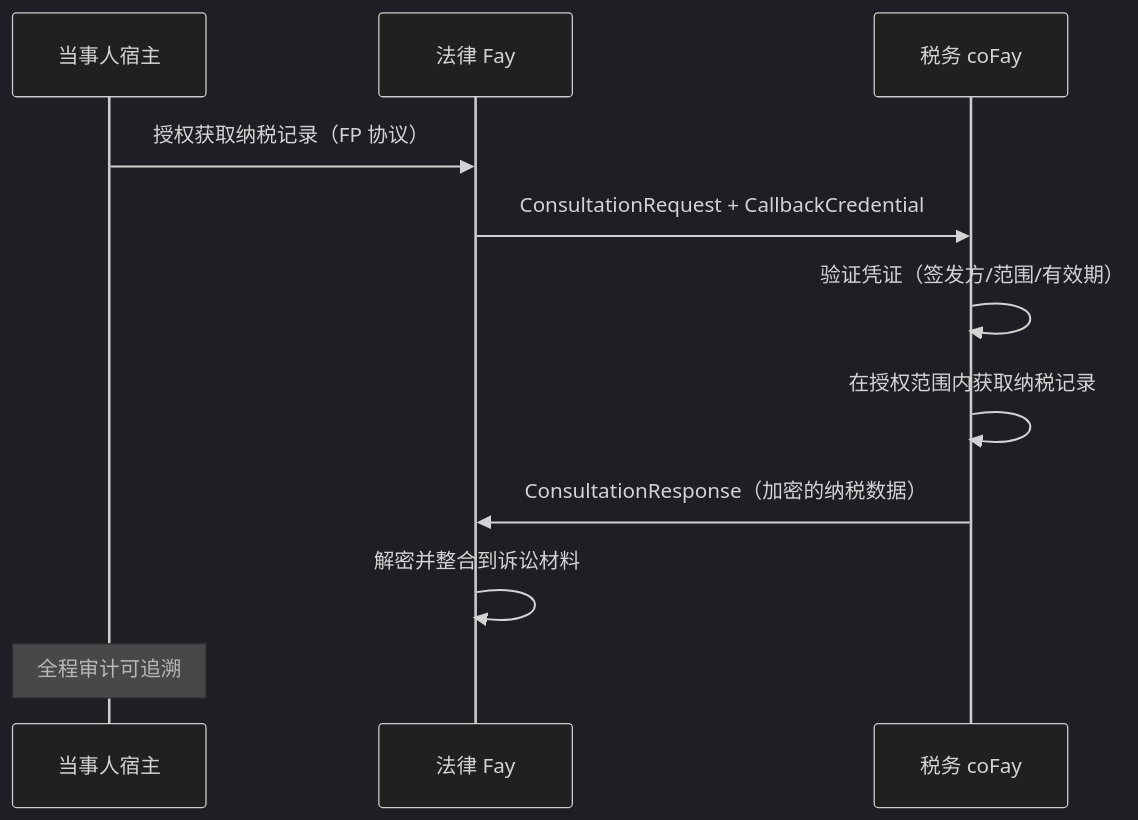
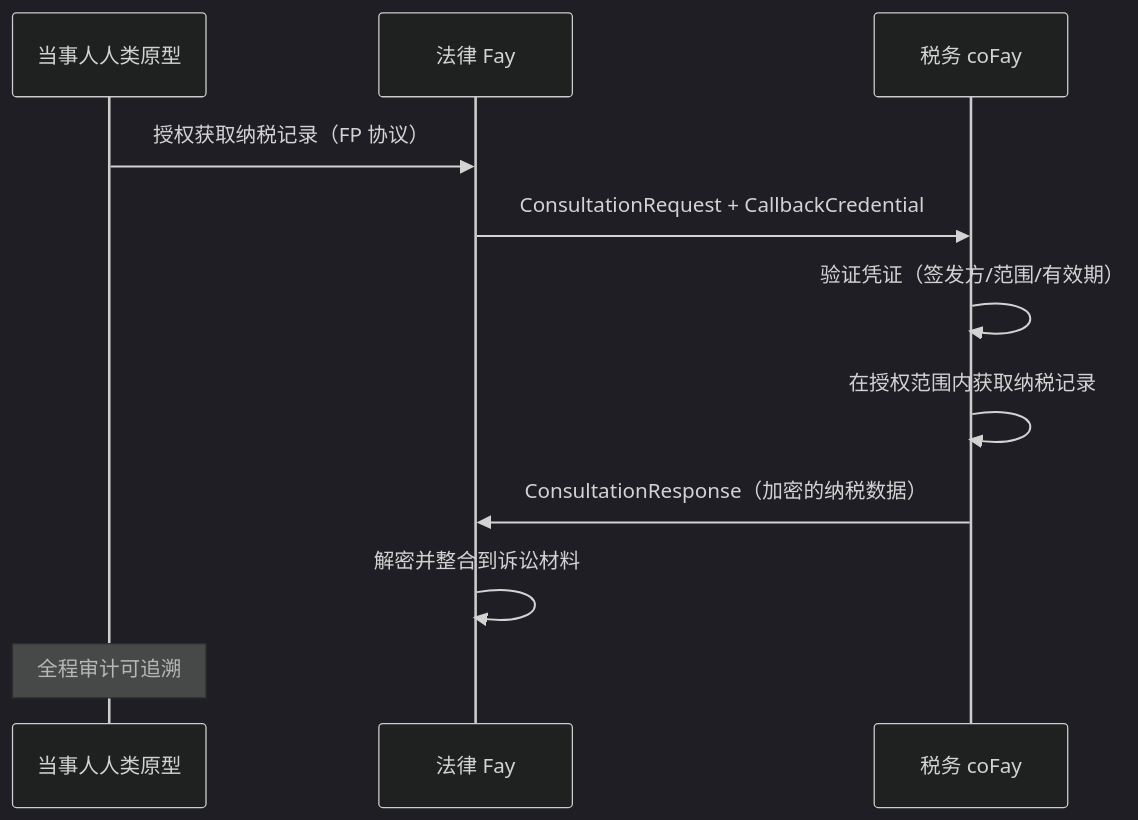
Before and after one commit to ChainModePilot/Telepathy-Protocol: the third of 5 diagrams in docs/zh-CN/blueprint/4-应用场景.md, drawn with Mermaid (dark theme). The commit also changed other lines of this file and 68 other files, not shown here.

````diff
--- a/docs/zh-CN/blueprint/4-应用场景.md
+++ b/docs/zh-CN/blueprint/4-应用场景.md
@@ -84,14 +84,14 @@
 ```mermaid
 sequenceDiagram
-    participant C as 当事人宿主
+    participant C as 当事人人类原型
     participant LF as 法律 Fay
     participant TF as 税务 coFay
 
     C->>LF: 授权获取纳税记录（FP 协议）
     LF->>TF: ConsultationRequest + CallbackCredential
     TF->>TF: 验证凭证（签发方/范围/有效期）
     TF->>TF: 在授权范围内获取纳税记录
     TF->>LF: ConsultationResponse（加密的纳税数据）
     LF->>LF: 解密并整合到诉讼材料
     Note over C: 全程审计可追溯
 ```
````
